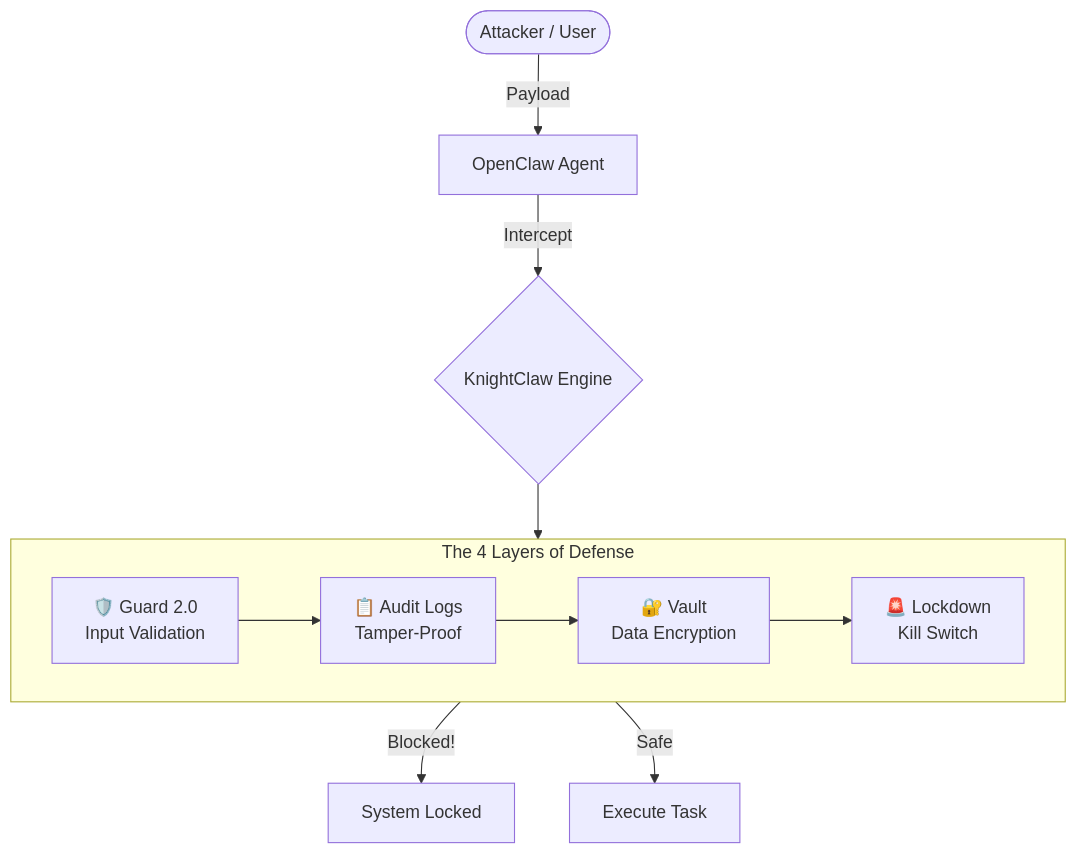
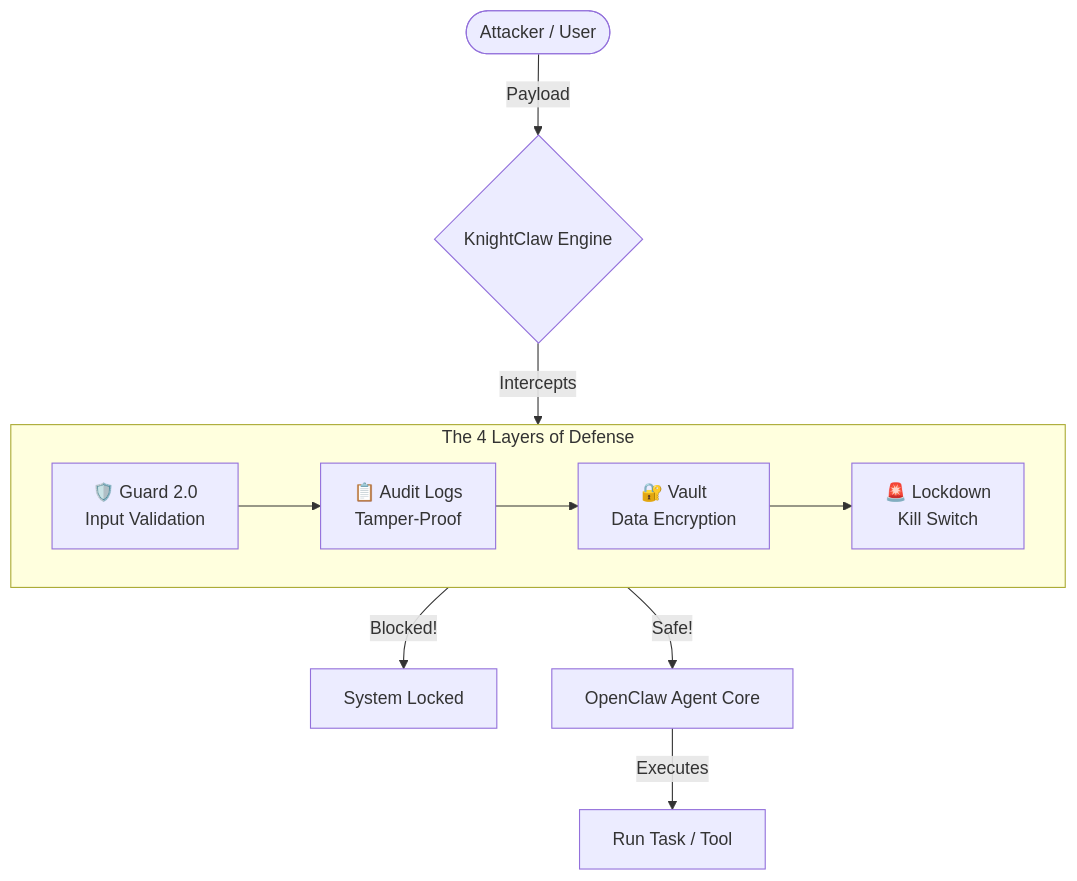
Before and after one commit to chromejaw/knightclaw: the diagram in README.md, drawn with Mermaid.

Commit message:
Update flowchart to reflect KnightClaw architecture

````diff
--- a/README.md
+++ b/README.md
@@ -22,21 +22,22 @@
 ```mermaid
 flowchart TD
-    User([Attacker / User]) -->|Payload| O[OpenClaw Agent]
-    O -->|Intercept| KC{KnightClaw Engine}
+    User([Attacker / User]) -->|Payload| KC{KnightClaw Engine}
     
     subgraph KC_Layers [The 4 Layers of Defense]
     L1[🛡️ Guard 2.0<br>Input Validation]
     L2[📋 Audit Logs<br>Tamper-Proof]
     L3[🔐 Vault<br>Data Encryption]
     L4[🚨 Lockdown<br>Kill Switch]
     
     L1 --> L2
     L2 --> L3
     L3 --> L4
     end
     
-    KC --> KC_Layers
+    KC -->|Intercepts| KC_Layers
     
     KC_Layers -->|Blocked!| Lockdown[System Locked]
-    KC_Layers -->|Safe| Execute[Execute Task]
+    KC_Layers -->|Safe!| O[OpenClaw Agent Core]
+    
+    O -->|Executes| Task[Run Task / Tool]
 ```
````
